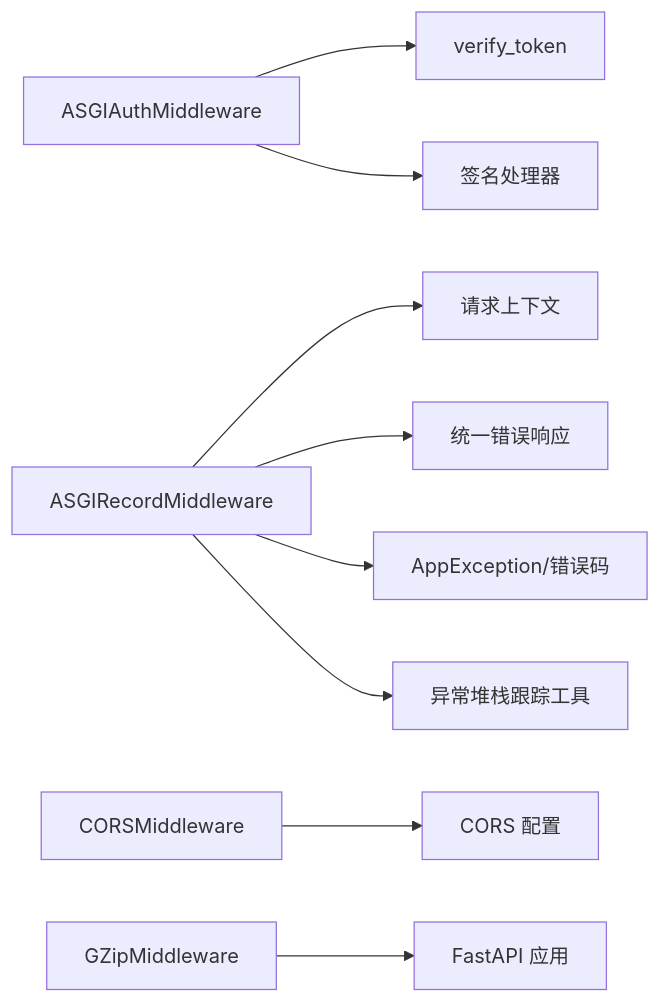
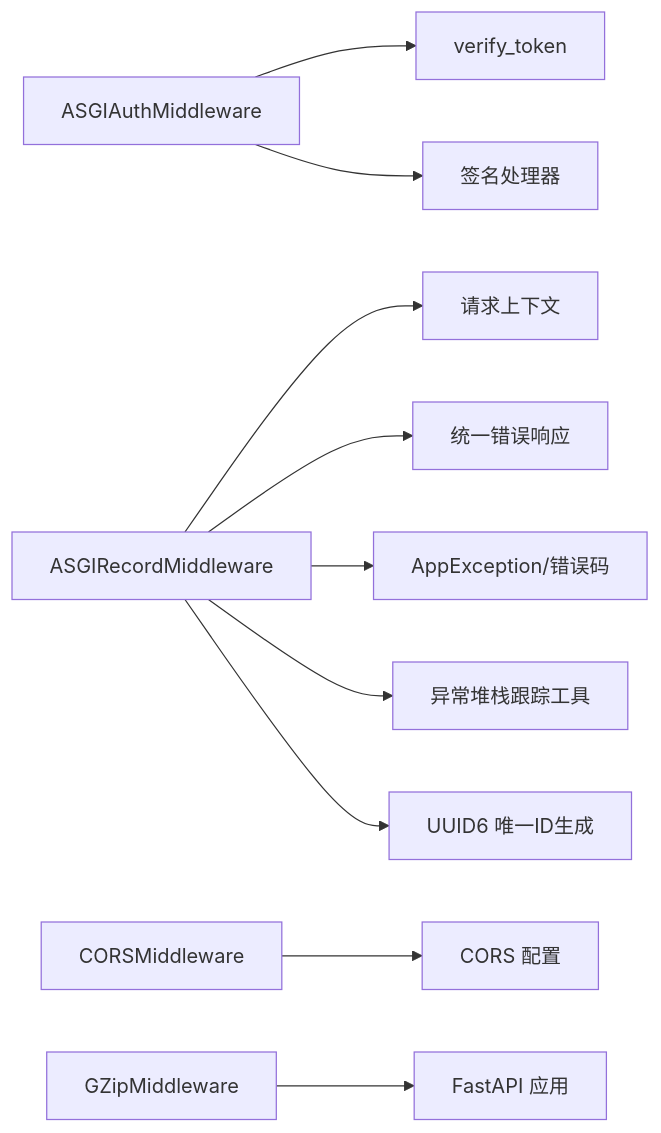
One commit to lilinzezzzzzz/fastapi-backend changed the fifth of 5 diagrams in .qoder/repowiki/zh/content/中间件系统.md. Above: the diagram before and after it, drawn with Mermaid. The commit also changed other lines of this file and 42 other files, not shown here.

````diff
--- a/.qoder/repowiki/zh/content/中间件系统.md
+++ b/.qoder/repowiki/zh/content/中间件系统.md
@@ -312,11 +328,12 @@
 ```mermaid
 graph LR
 Auth["ASGIAuthMiddleware"] --> Verify["verify_token"]
 Auth --> Sig["签名处理器"]
 Log["ASGIRecordMiddleware"] --> Ctx["请求上下文"]
 Log --> Resp["统一错误响应"]
 Log --> Err["AppException/错误码"]
 Log --> Exc["异常堆栈跟踪工具"]
+Log --> Uuid["UUID6 唯一ID生成"]
 CORS["CORSMiddleware"] --> Cfg["CORS 配置"]
 Gzip["GZipMiddleware"] --> App["FastAPI 应用"]
 ```
````
